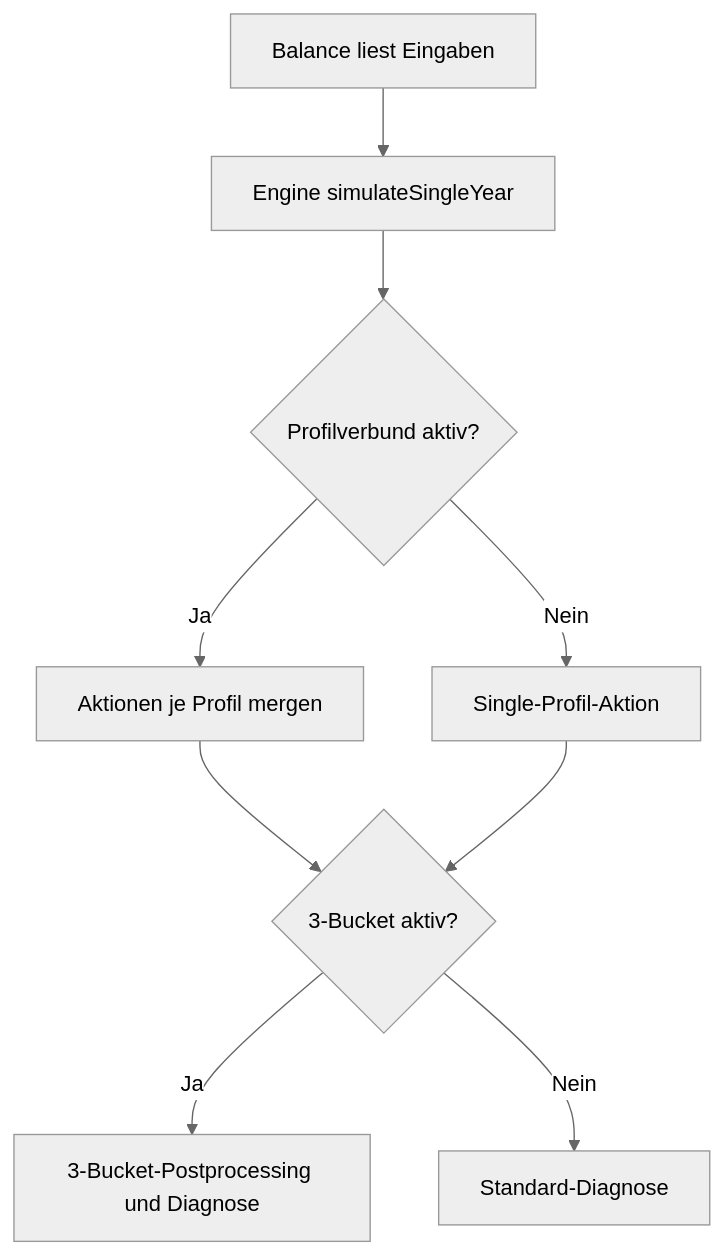
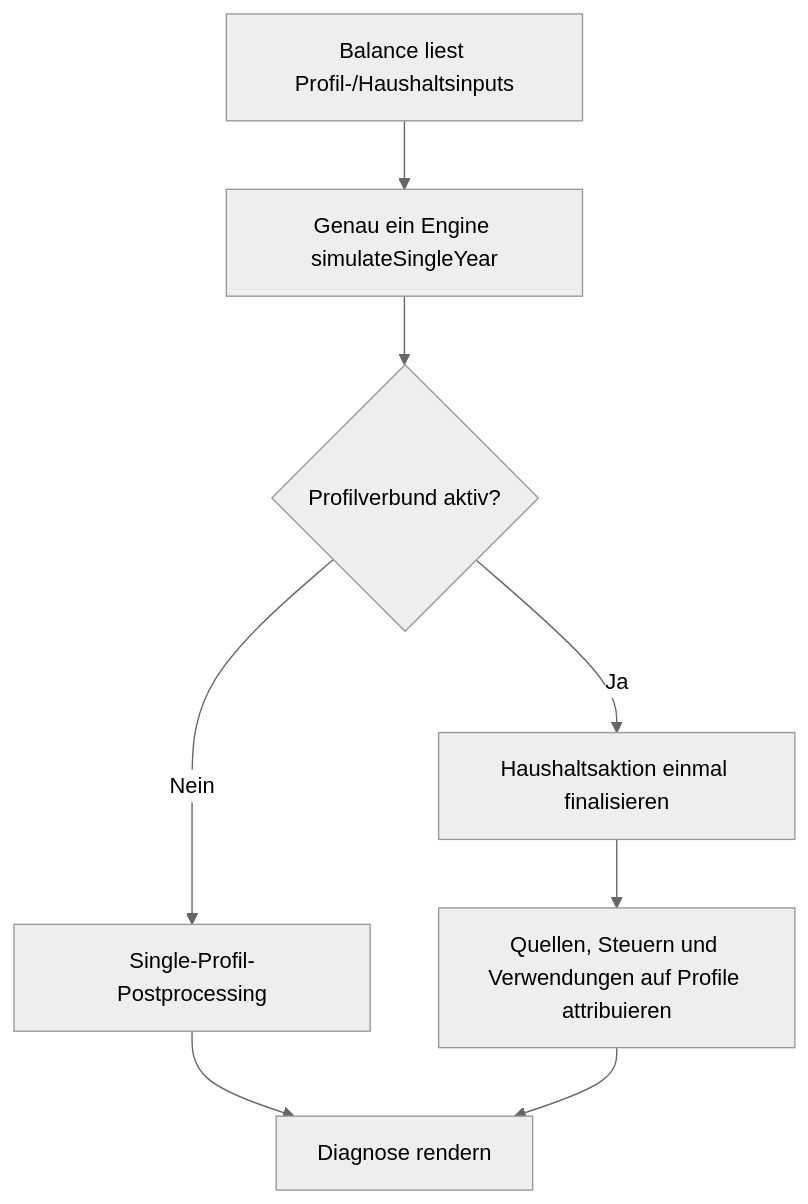
The seventh of 7 diagrams in docs/reference/ENGINE_DECISION_LOGIC.md (dieteresser62-lab/Ruhestand-App-Final), drawn with Mermaid (neutral theme) before and after one commit. The commit also changed other lines of this file and 23 other files, not shown here.

````diff
--- a/docs/reference/ENGINE_DECISION_LOGIC.md
+++ b/docs/reference/ENGINE_DECISION_LOGIC.md
@@ -215,11 +225,10 @@
 ```mermaid
 flowchart TD
-    A["Balance liest Eingaben"] --> B["Engine simulateSingleYear"]
+    A["Balance liest Profil-/Haushaltsinputs"] --> B["Genau ein Engine simulateSingleYear"]
     B --> C{"Profilverbund aktiv?"}
-    C -- "Ja" --> D["Aktionen je Profil mergen"]
-    C -- "Nein" --> E["Single-Profil-Aktion"]
-    D --> F{"3-Bucket aktiv?"}
-    E --> F
-    F -- "Ja" --> G["3-Bucket-Postprocessing und Diagnose"]
-    F -- "Nein" --> H["Standard-Diagnose"]
+    C -- "Ja" --> D["Haushaltsaktion einmal finalisieren"]
+    C -- "Nein" --> E["Single-Profil-Postprocessing"]
+    D --> F["Quellen, Steuern und Verwendungen auf Profile attribuieren"]
+    E --> G["Diagnose rendern"]
+    F --> G
 ```
````
